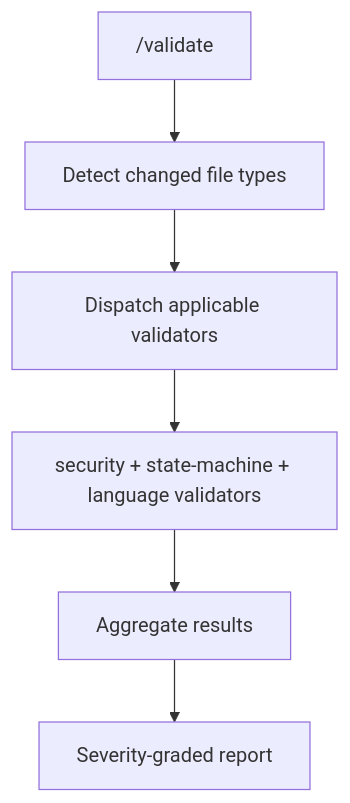
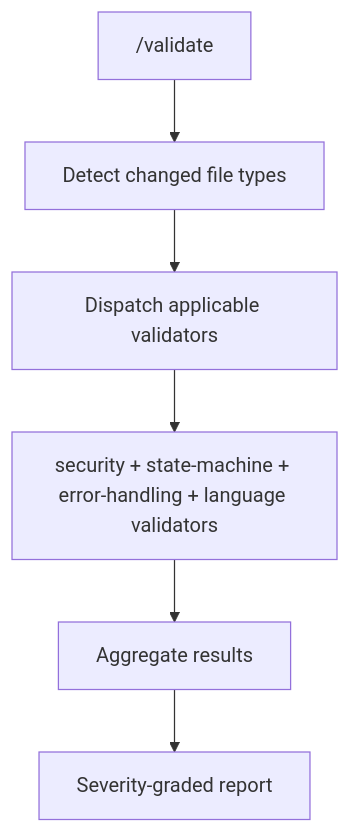
The first of 2 diagrams in README.md (peteski22/agent-pragma), drawn with Mermaid before and after one commit. The commit also changed other lines of this file and 12 other files, not shown here.

First line of the commit message:
Add error-handling cross-language validator (#108)

````diff
--- a/README.md
+++ b/README.md
@@ -86,8 +87,8 @@
 ```mermaid
 flowchart TD
     A["/validate"] --> B["Detect changed file types"]
     B --> C["Dispatch applicable validators"]
-    C --> D["security + state-machine + language validators"]
+    C --> D["security + state-machine + error-handling + language validators"]
     D --> E["Aggregate results"]
     E --> F["Severity-graded report"]
 ```
````
